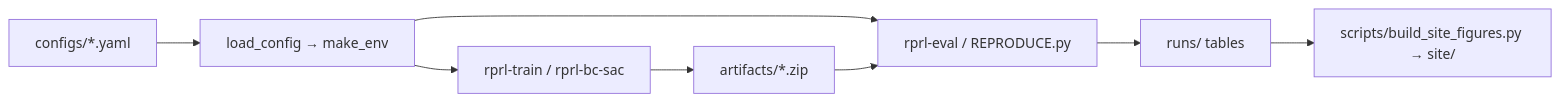
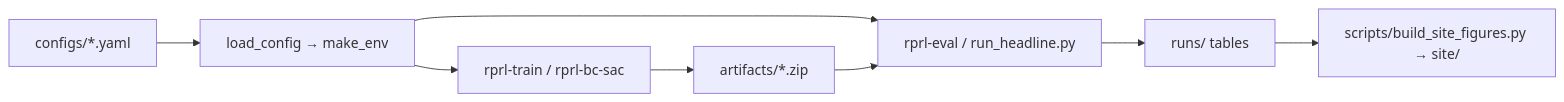
One commit to jjd-lab/revenue-manage-rl changed the diagram in README.md. Above: the diagram before and after it, drawn with Mermaid. The commit also changed other lines of this file and 63 other files, not shown here.

````diff
--- a/README.md
+++ b/README.md
@@ -174,10 +179,10 @@
 ```mermaid
 flowchart LR
   yaml["configs/*.yaml"] --> env["load_config → make_env"]
   env --> train["rprl-train / rprl-bc-sac"]
-  env --> eval["rprl-eval / REPRODUCE.py"]
+  env --> eval["rprl-eval / run_headline.py"]
   train --> zip["artifacts/*.zip"]
   zip --> eval
   eval --> runs["runs/ tables"]
   runs --> site["scripts/build_site_figures.py → site/"]
 ```
````
